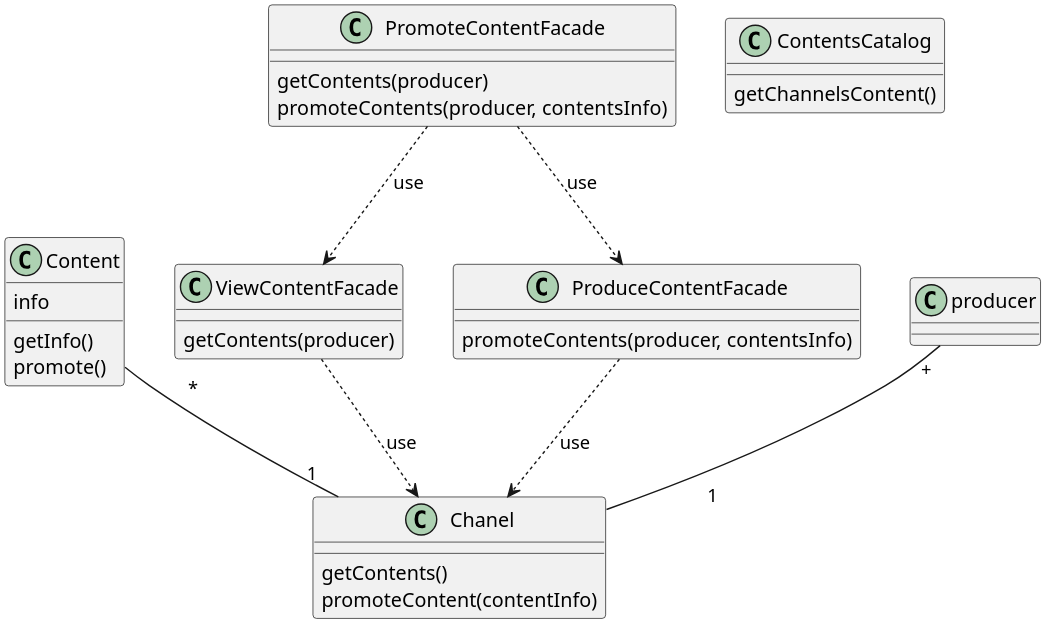
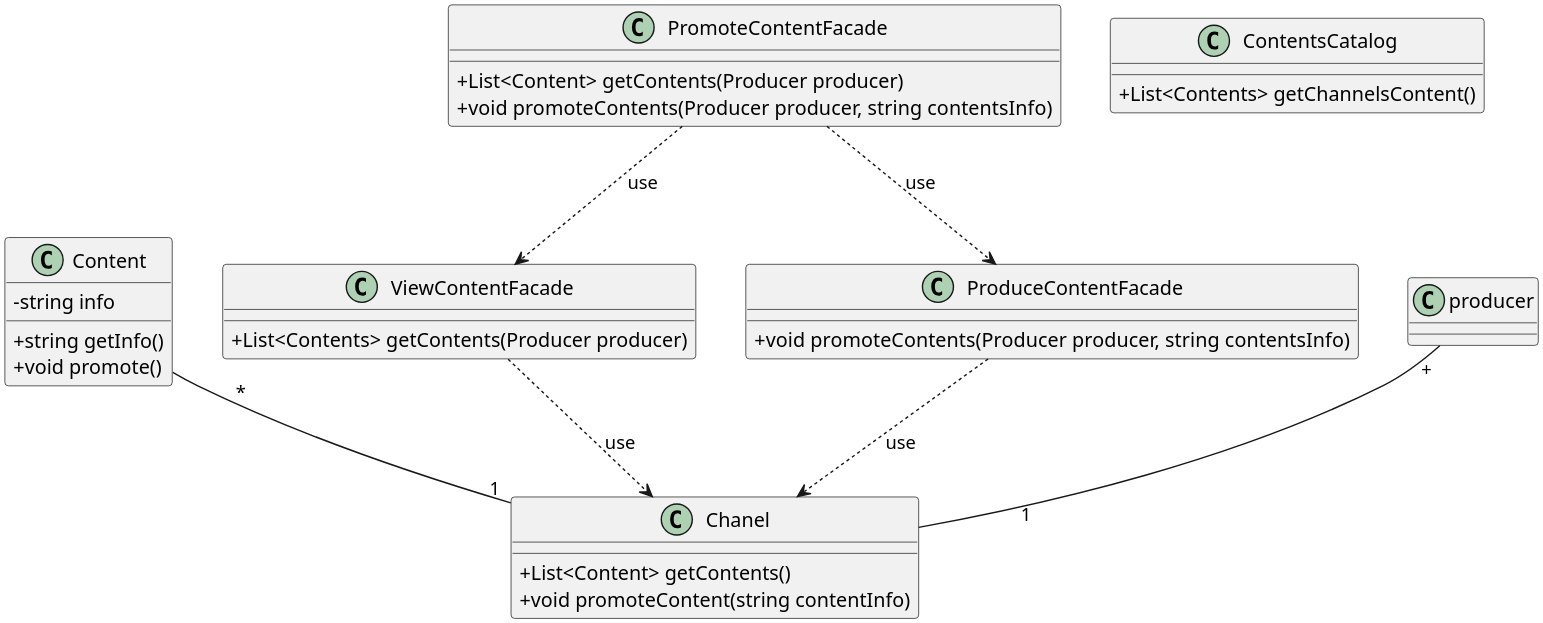
Before and after one commit to soleyman79/Qasedak: the diagram in Diagrams/Design Class/PromoteContent.puml, drawn with PlantUML.

Commit message:
PromoteContent: add type and privacy

```diff
--- a/Diagrams/Design Class/PromoteContent.puml
+++ b/Diagrams/Design Class/PromoteContent.puml
@@ -1,45 +1,45 @@
 @startuml promote_content
 
 
 scale 3
 skinparam DefaultFontName B Nazanin
 skinparam ArrowMessageAlignment right
-
+skinparam classAttributeIconSize 0
 
 class "Chanel" as chanel {
-    getContents()
-    promoteContent(contentInfo)
+    +List<Content> getContents()
+    +void promoteContent(string contentInfo)
 }
 
 class Content {
-    info
-    getInfo()
-    promote()
+    -string info
+    +string getInfo()
+    +void promote()
 }
 
 class PromoteContentFacade {
-    getContents(producer)
-    promoteContents(producer, contentsInfo)
+    +List<Content> getContents(Producer producer)
+    +void promoteContents(Producer producer, string contentsInfo)
 }
 
 class ViewContentFacade {
-    getContents(producer)
+    +List<Contents> getContents(Producer producer)
 }
 
 class ProduceContentFacade {
-    promoteContents(producer, contentsInfo)
+    +void promoteContents(Producer producer, string contentsInfo)
 }
 
 class ContentsCatalog {
-    getChannelsContent()
+    +List<Contents> getChannelsContent()
 }
 
 
 
 Content "           *" -- "1" chanel
 producer "+" -- "                   1" chanel
 PromoteContentFacade ..> ViewContentFacade :use
 PromoteContentFacade ..> ProduceContentFacade :use
 ViewContentFacade ..> chanel :use
 ProduceContentFacade ..> chanel :use
 @enduml
```
